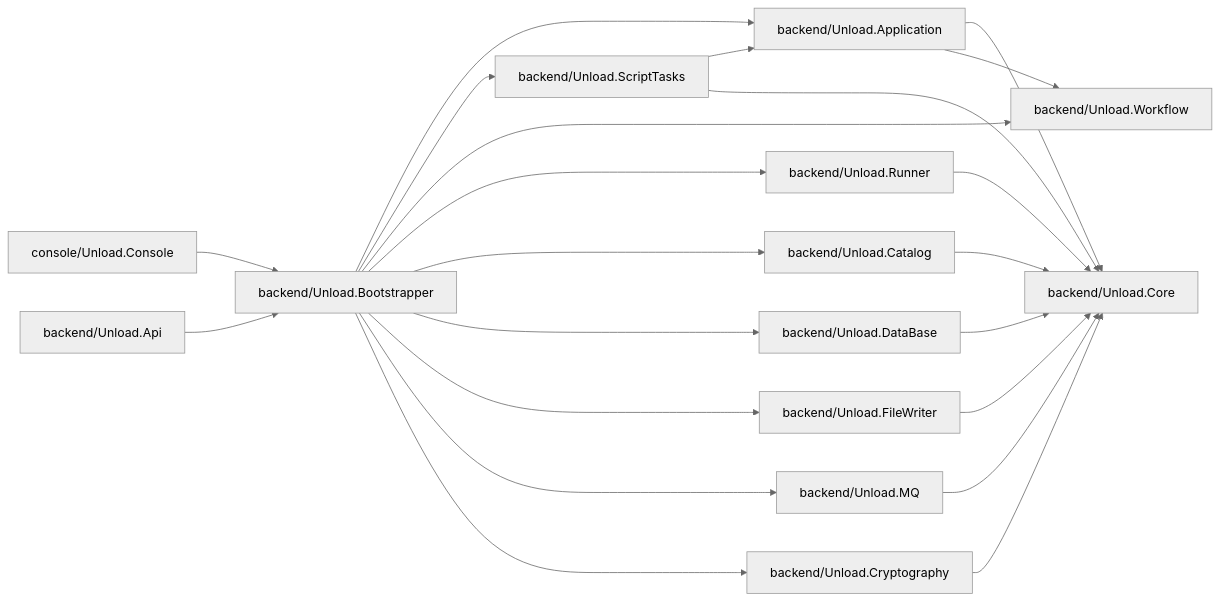
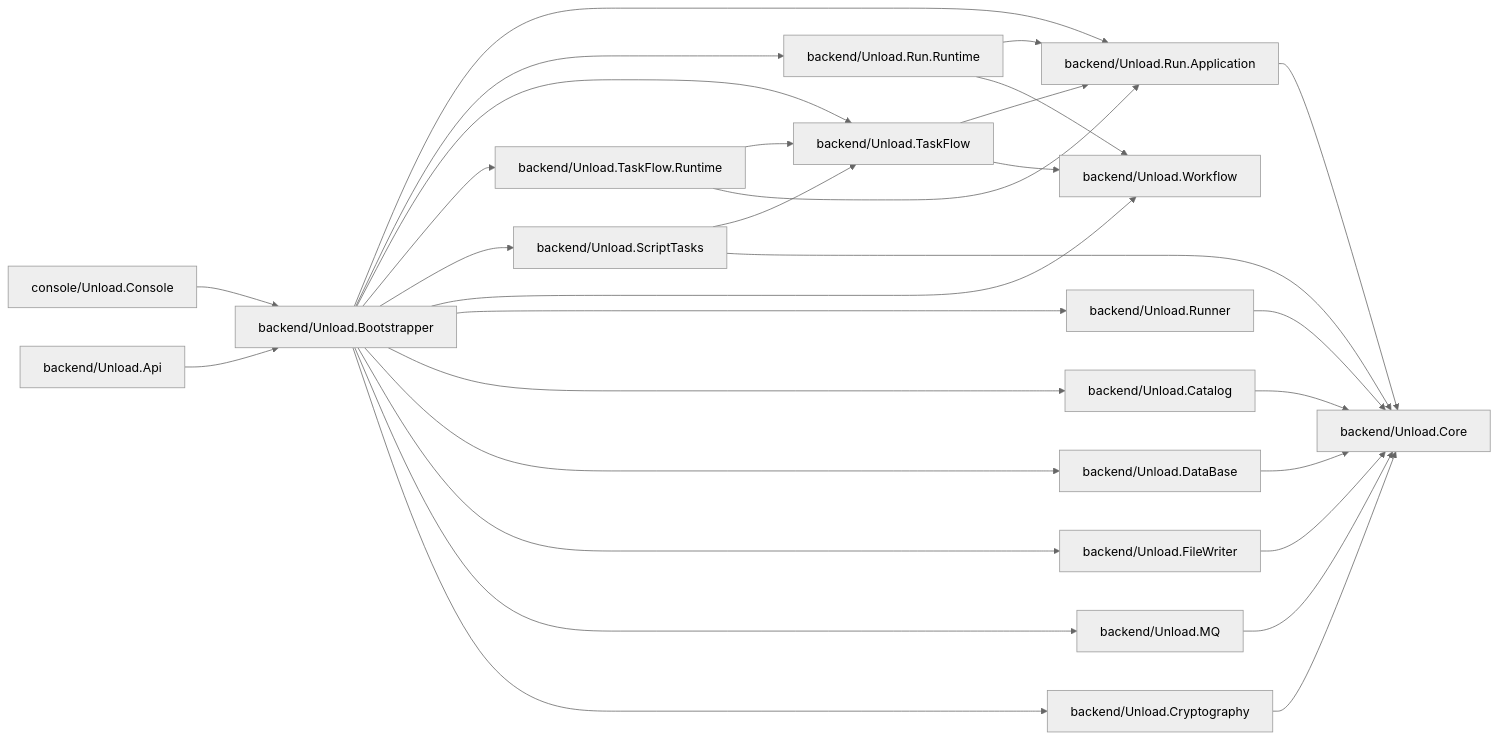
Before and after one commit to Dehydrohaloalkan/unload: the first of 2 diagrams in docs/ARCHITECTURE.md, drawn with Mermaid (neutral theme). The commit also changed other lines of this file and 147 other files, not shown here.

Commit message:
Refactor Unload.Api to remove Unload.Application layer, integrate new task flow and run management services + add webapp

````diff
--- a/docs/ARCHITECTURE.md
+++ b/docs/ARCHITECTURE.md
@@ -190,26 +226,34 @@
 ```mermaid
 flowchart LR
     Console["console/Unload.Console"] --> Bootstrapper["backend/Unload.Bootstrapper"]
     Api["backend/Unload.Api"] --> Bootstrapper
 
-    Bootstrapper --> App["backend/Unload.Application"]
+    Bootstrapper --> RunApp["backend/Unload.Run.Application"]
+    Bootstrapper --> RunRuntime["backend/Unload.Run.Runtime"]
+    Bootstrapper --> TaskFlow["backend/Unload.TaskFlow"]
+    Bootstrapper --> TaskRuntime["backend/Unload.TaskFlow.Runtime"]
     Bootstrapper --> ScriptTasks["backend/Unload.ScriptTasks"]
     Bootstrapper --> Workflow["backend/Unload.Workflow"]
     Bootstrapper --> Runner["backend/Unload.Runner"]
     Bootstrapper --> Catalog["backend/Unload.Catalog"]
     Bootstrapper --> Db["backend/Unload.DataBase"]
     Bootstrapper --> Writer["backend/Unload.FileWriter"]
     Bootstrapper --> Mq["backend/Unload.MQ"]
     Bootstrapper --> Crypto["backend/Unload.Cryptography"]
-    App --> Core["backend/Unload.Core"]
-    App --> Workflow
+    RunApp --> Core["backend/Unload.Core"]
+    RunRuntime --> RunApp
+    RunRuntime --> Workflow
+    TaskFlow --> RunApp
+    TaskFlow --> Workflow
+    TaskRuntime --> TaskFlow
+    TaskRuntime --> RunApp
 
     Runner --> Core
     Catalog --> Core
     Db --> Core
     Writer --> Core
     Mq --> Core
     Crypto --> Core
-    ScriptTasks --> App
+    ScriptTasks --> TaskFlow
     ScriptTasks --> Core
 ```
````
